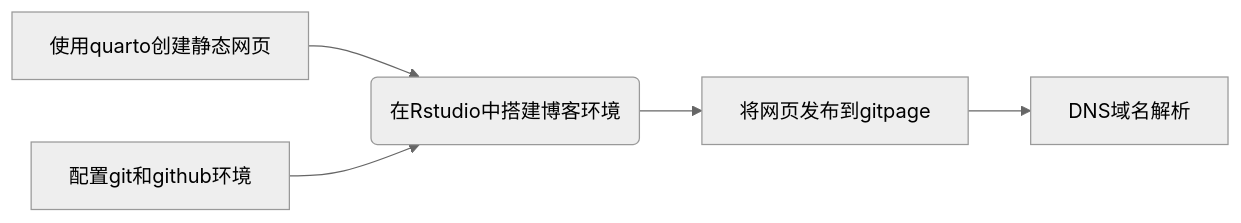
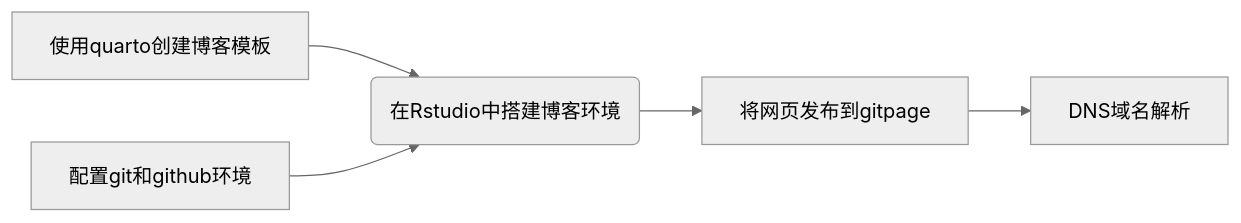
Before and after one commit to fhaoshao/mybolg: the diagram in posts/开始搭建你的个人博客/index.qmd, drawn with Mermaid (neutral theme). The commit also changed other lines of this file and 9 other files, not shown here.

````diff
--- a/posts/开始搭建你的个人博客/index.qmd
+++ b/posts/开始搭建你的个人博客/index.qmd
@@ -16,7 +20,7 @@
 ```{mermaid}
 flowchart LR
-  A[使用quarto创建静态网页] --> D(在Rstudio中搭建博客环境)
+  A[使用quarto创建博客模板] --> D(在Rstudio中搭建博客环境)
   C[配置git和github环境] --> D
   D --> E[将网页发布到gitpage]
   E --> F[DNS域名解析]
 ```
````
